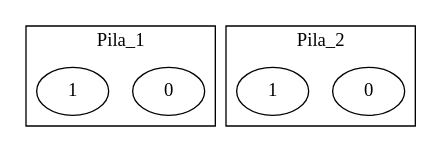
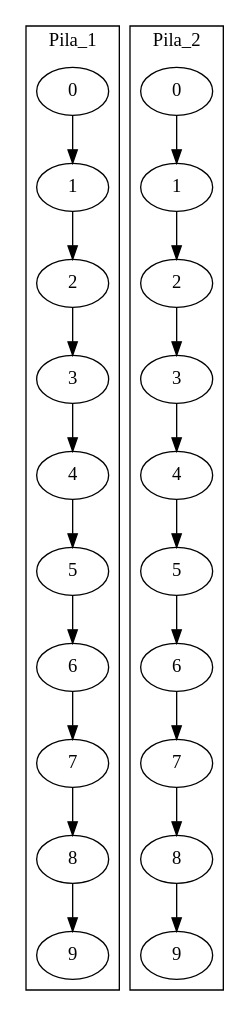
The diagram in Minimarket/graph.dot (Rpinto30/EDD-1---MiniMarket), drawn with Graphviz before and after one commit. The commit also changed 6 other files, not shown here.

```diff
--- a/Minimarket/graph.dot
+++ b/Minimarket/graph.dot
@@ -1,17 +1,51 @@
 digraph MiniMarket {
 subgraph cluster_Pila_1{
 label="Pila_1"
 Pila_1_0[label="0"];
 Pila_1_1[label="1"];
+Pila_1_0 -> Pila_1_1;
+Pila_1_2[label="2"];
+Pila_1_1 -> Pila_1_2;
+Pila_1_3[label="3"];
+Pila_1_2 -> Pila_1_3;
+Pila_1_4[label="4"];
+Pila_1_3 -> Pila_1_4;
+Pila_1_5[label="5"];
+Pila_1_4 -> Pila_1_5;
+Pila_1_6[label="6"];
+Pila_1_5 -> Pila_1_6;
+Pila_1_7[label="7"];
+Pila_1_6 -> Pila_1_7;
+Pila_1_8[label="8"];
+Pila_1_7 -> Pila_1_8;
+Pila_1_9[label="9"];
+Pila_1_8 -> Pila_1_9;
 
 }
 
 subgraph cluster_Pila_2{
 label="Pila_2"
 Pila_2_0[label="0"];
 Pila_2_1[label="1"];
+Pila_2_0 -> Pila_2_1;
+Pila_2_2[label="2"];
+Pila_2_1 -> Pila_2_2;
+Pila_2_3[label="3"];
+Pila_2_2 -> Pila_2_3;
+Pila_2_4[label="4"];
+Pila_2_3 -> Pila_2_4;
+Pila_2_5[label="5"];
+Pila_2_4 -> Pila_2_5;
+Pila_2_6[label="6"];
+Pila_2_5 -> Pila_2_6;
+Pila_2_7[label="7"];
+Pila_2_6 -> Pila_2_7;
+Pila_2_8[label="8"];
+Pila_2_7 -> Pila_2_8;
+Pila_2_9[label="9"];
+Pila_2_8 -> Pila_2_9;
 
 }
 
 
 }
```
